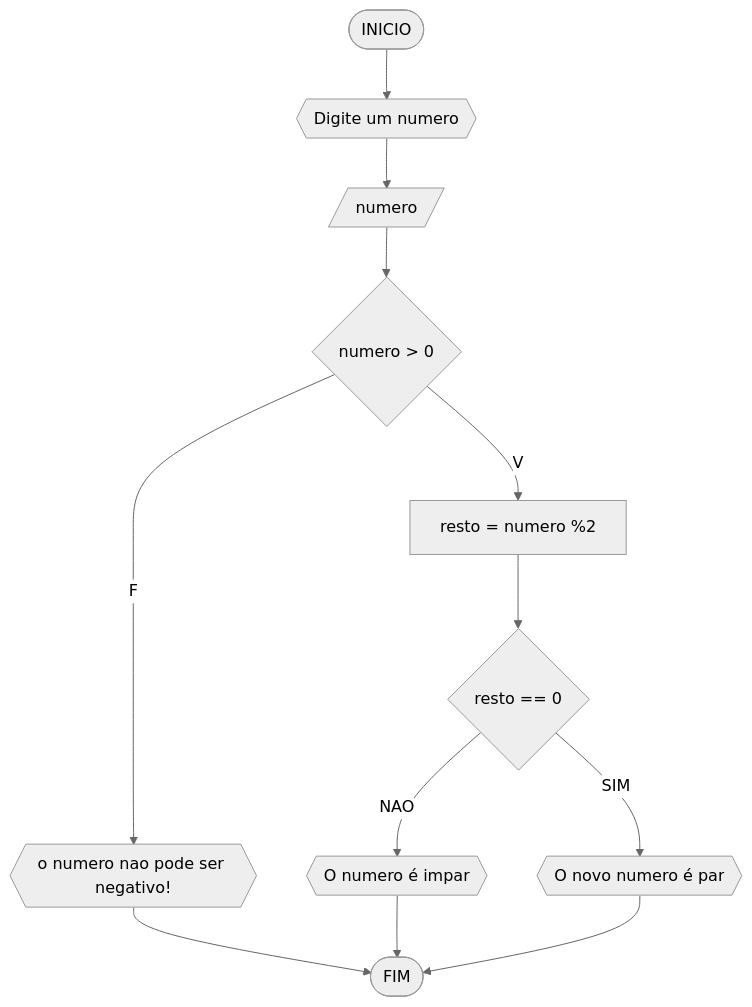
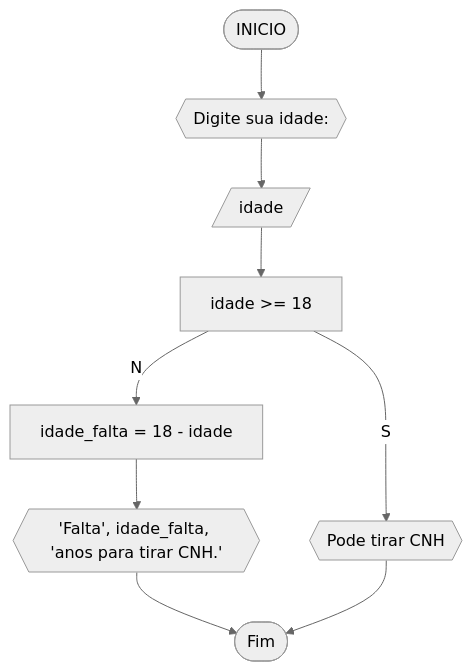
Before and after one commit to ArturDP/UNIFOR: the fourth of 4 diagrams in lista1_exercicios.md, drawn with Mermaid (neutral theme). The commit also changed other lines of this file, not shown here.

````diff
--- a/lista1_exercicios.md
+++ b/lista1_exercicios.md
@@ -41,15 +141,11 @@
 ```mermaid
 flowchart TD
-A([INICIO]) --> B{{Digite um numero}}
-B --> C[/numero/]
-C --> D{numero > 0}
-D --F--> E{{o numero nao pode ser negativo!}}
-E --> J
-D --V--> F[resto = numero %2]
-F --> G{resto == 0}
-G --NAO--> H{{O numero é impar}}
-G --SIM--> I{{O novo numero é par}}
-H --> J([FIM])
-I --> J
-
+A([INICIO]) --> B{{Digite sua idade: }}
+B --> C[/idade/]
+C --> D[idade >= 18]
+D --N--> F[idade_falta = 18 - idade]
+F --> G{{'Falta', idade_falta, 'anos para tirar CNH.'}}
+D --S--> E{{Pode tirar CNH}}
+G --> H([Fim])
+E --> H
 ```
````
